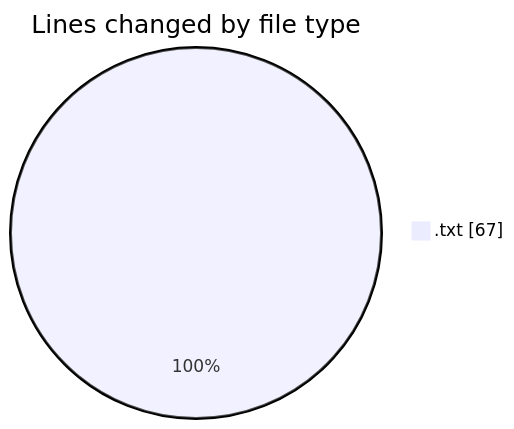
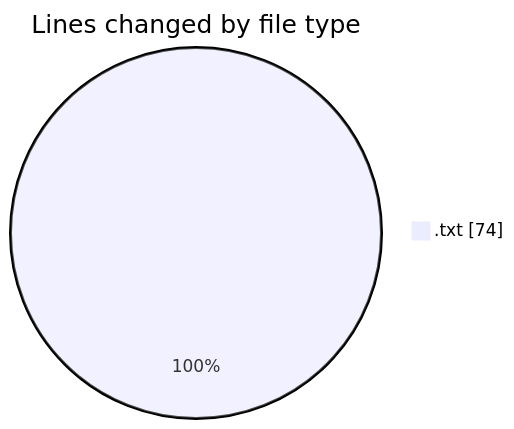
One commit to Ritupan-Deka/code-tracking changed the first of 2 diagrams in 2025-06-22/txtfiles/README.md. Above: the diagram before and after it, drawn with Mermaid. The commit also changed other lines of this file and 1 other file, not shown here.

````diff
--- a/2025-06-22/txtfiles/README.md
+++ b/2025-06-22/txtfiles/README.md
@@ -20,5 +20,5 @@
 ```mermaid
 pie showData
 title Lines changed by file type
-".txt" : 67
+".txt" : 74
 ```
````
